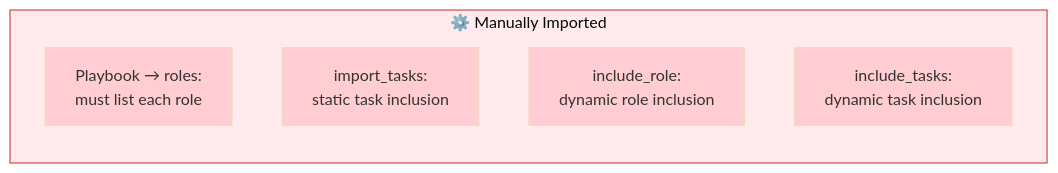
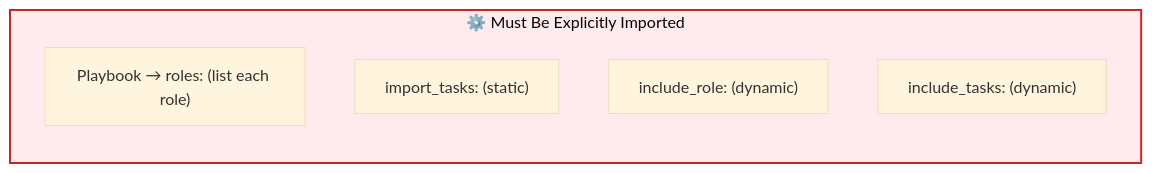
Before and after one commit to bashfulrobot/desktoperator: the fourth of 5 diagrams in docs/ansible-architecture.md, drawn with Mermaid (base theme). The commit also changed other lines of this file, not shown here.

Commit message:
Simplify ansible-architecture.md to focus on concepts over exhaustive documentation

````diff
--- a/docs/ansible-architecture.md
+++ b/docs/ansible-architecture.md
@@ -77,16 +91,12 @@
 ```mermaid
 graph LR
-    subgraph Manual["⚙️ Manually Imported"]
+    subgraph Manual["⚙️ Must Be Explicitly Imported"]
         direction TB
-        M1["Playbook → roles:<br/>must list each role"]
-        M2["import_tasks:<br/>static task inclusion"]
-        M3["include_role:<br/>dynamic role inclusion"]
-        M4["include_tasks:<br/>dynamic task inclusion"]
+        M1["Playbook → roles: (list each role)"]
+        M2["import_tasks: (static)"]
+        M3["include_role: (dynamic)"]
+        M4["include_tasks: (dynamic)"]
     end
     
-    style Manual fill:#ffebee,stroke:#c62828
-    style M1 fill:#ffcdd2
-    style M2 fill:#ffcdd2
-    style M3 fill:#ffcdd2
-    style M4 fill:#ffcdd2
+    style Manual fill:#ffebee,stroke:#c62828,stroke-width:2px
 ```
````
